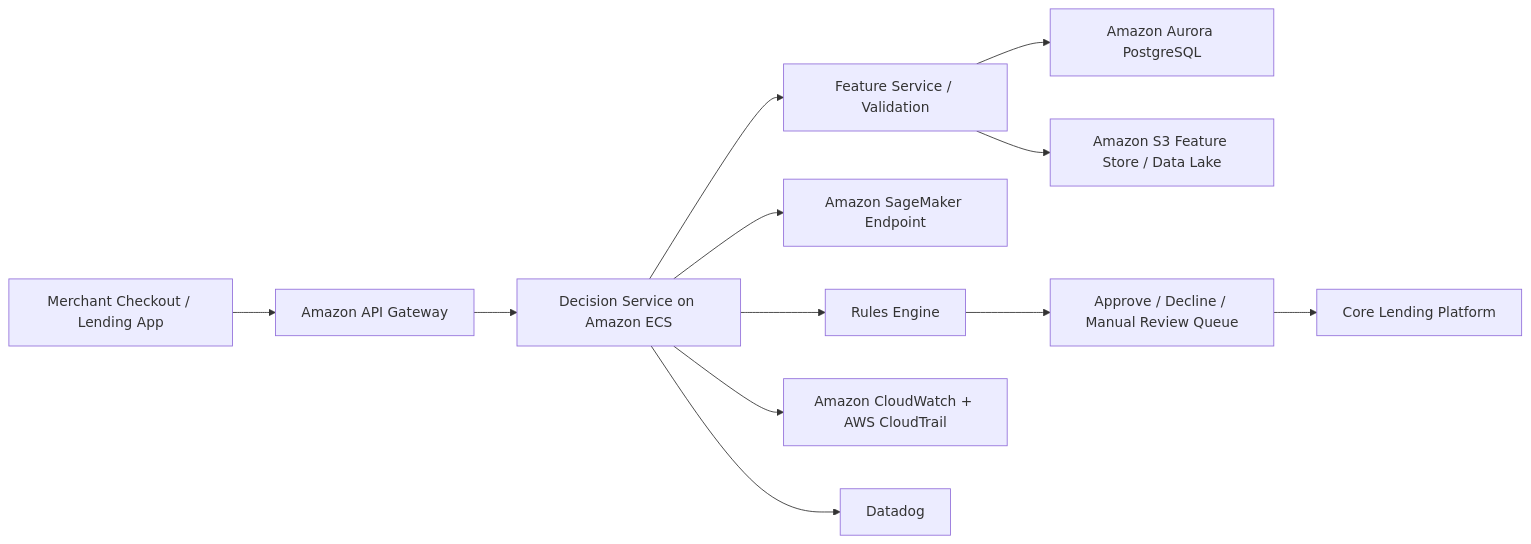
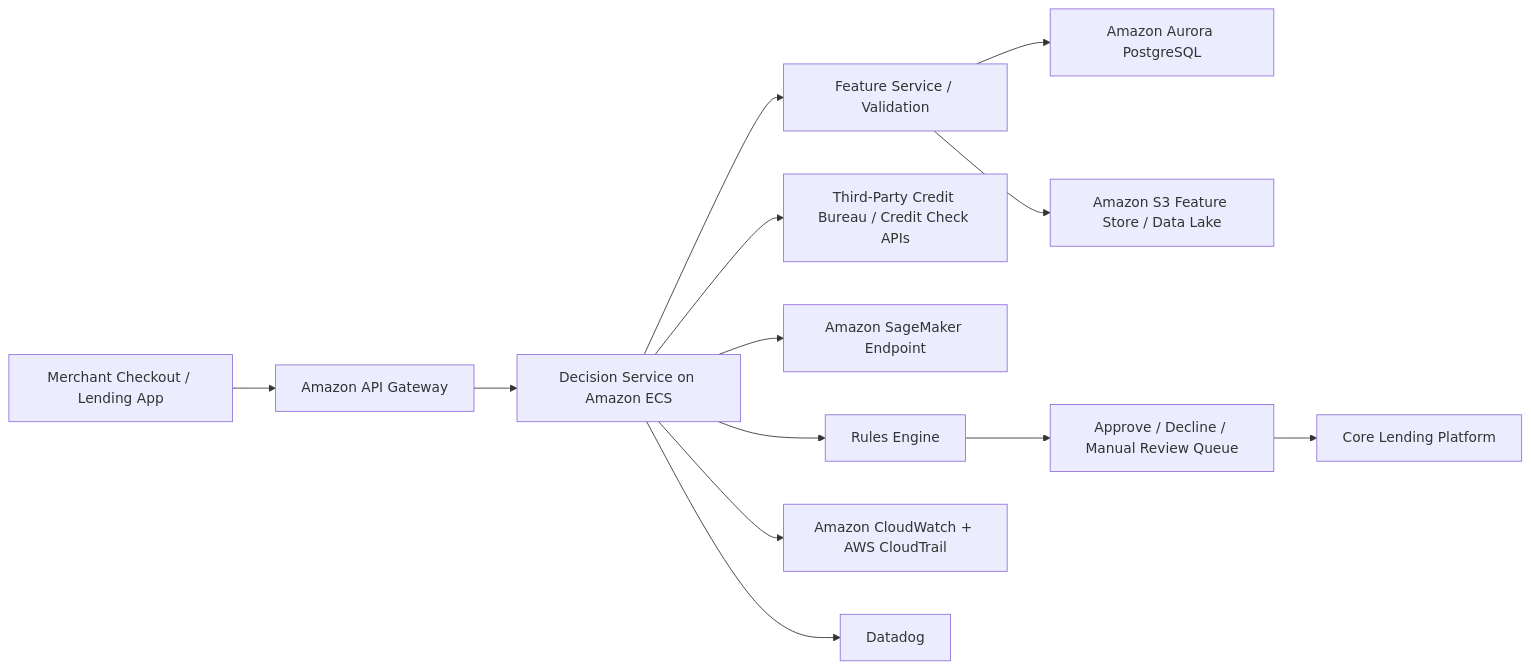
One commit to dario28/OxfordCapstoneProject changed the diagram in 03-ai-applications/03-lumacredit-eu/HLD.md. Above: the diagram before and after it, drawn with Mermaid. The commit also changed other lines of this file and 3 other files, not shown here.

````diff
--- a/03-ai-applications/03-lumacredit-eu/HLD.md
+++ b/03-ai-applications/03-lumacredit-eu/HLD.md
@@ -27,14 +29,15 @@
 ```mermaid
 flowchart LR
     A["Merchant Checkout / Lending App"] --> B["Amazon API Gateway"]
     B --> C["Decision Service on Amazon ECS"]
     C --> D["Feature Service / Validation"]
     D --> E["Amazon Aurora PostgreSQL"]
     D --> F["Amazon S3 Feature Store / Data Lake"]
+    C --> M["Third-Party Credit Bureau / Credit Check APIs"]
     C --> G["Amazon SageMaker Endpoint"]
     C --> H["Rules Engine"]
     H --> I["Approve / Decline / Manual Review Queue"]
     I --> J["Core Lending Platform"]
     C --> K["Amazon CloudWatch + AWS CloudTrail"]
     C --> L["Datadog"]
 ```
````
